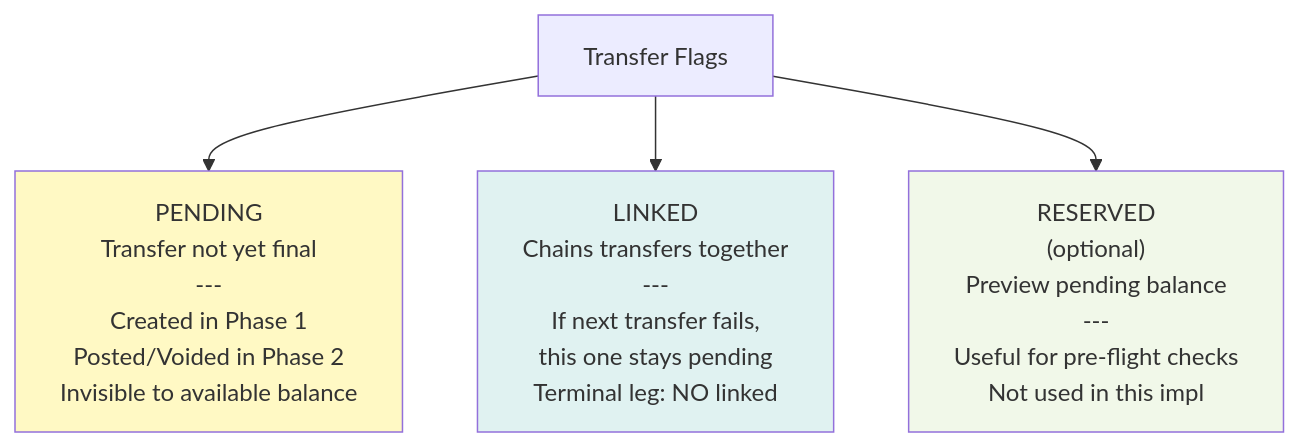
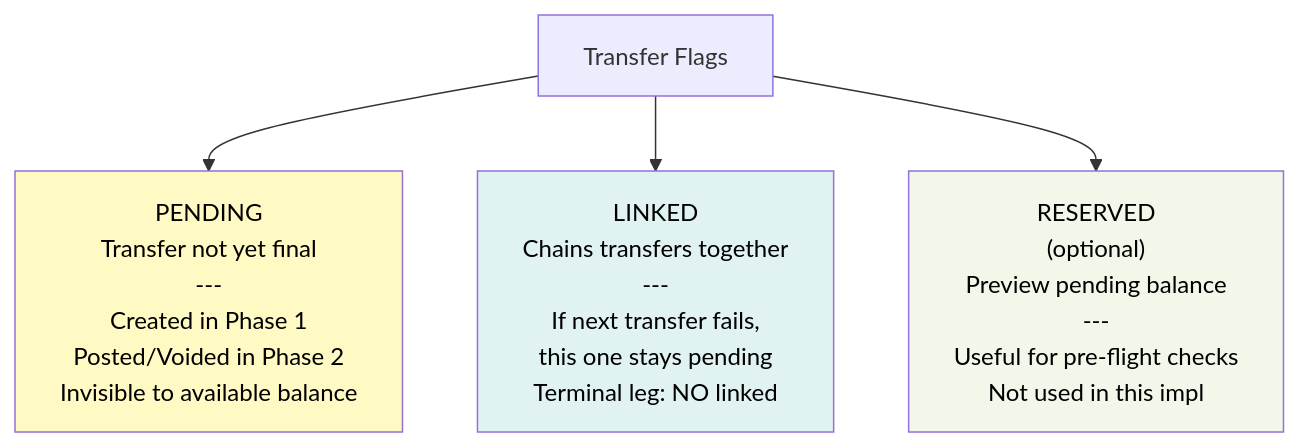
Diagram 12 of 19 in ARCHITECTURE.md (evertonstz/TigerbeetleMiniPIX), drawn with Mermaid before and after one commit. The commit also changed other lines of this file, not shown here.

Commit message:
docs: improve Mermaid diagram text readability with dark text colors

````diff
--- a/ARCHITECTURE.md
+++ b/ARCHITECTURE.md
@@ -530,14 +530,14 @@
 ```mermaid
 graph TD
     Transfer["Transfer Flags"]
     
     Transfer --> Pending["PENDING<br/>Transfer not yet final<br/>---<br/>Created in Phase 1<br/>Posted/Voided in Phase 2<br/>Invisible to available balance"]
     
     Transfer --> Linked["LINKED<br/>Chains transfers together<br/>---<br/>If next transfer fails,<br/>this one stays pending<br/>Terminal leg: NO linked"]
     
     Transfer --> Reserved["RESERVED<br/>(optional)<br/>Preview pending balance<br/>---<br/>Useful for pre-flight checks<br/>Not used in this impl"]
     
-    style Pending fill:#fff9c4
-    style Linked fill:#e0f2f1
-    style Reserved fill:#f1f8e9
+    style Pending fill:#fff9c4,color:#000
+    style Linked fill:#e0f2f1,color:#000
+    style Reserved fill:#f1f8e9,color:#000
 ```
````
